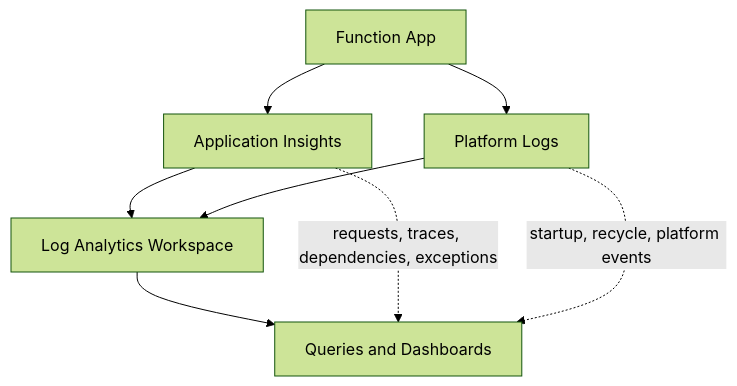
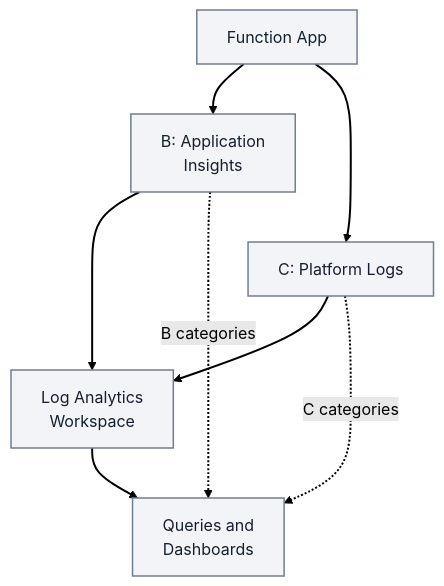
Before and after one commit to yeongseon/azure-functions-practical-guide: the fifth of 6 diagrams in docs/troubleshooting/request-flow-for-incident-response.md, drawn with Mermaid (forest theme). The commit also changed other lines of this file and 1 other file, not shown here.

First line of the commit message:
docs(diagrams): improve incident-response flows and record storage-map blocker (#457)

````diff
--- a/docs/troubleshooting/request-flow-for-incident-response.md
+++ b/docs/troubleshooting/request-flow-for-incident-response.md
@@ -283,10 +336,17 @@
 ```mermaid
 flowchart TD
-    A[Function App] --> B[Application Insights]
-    A --> C[Platform Logs]
-    B --> D[Log Analytics Workspace]
+    accTitle: Incident evidence collection map
+    accDescr: Illustrative configured collection and query relationships among the function app, Application Insights, platform logs, Log Analytics and dashboards. Evidence categories are listed in the adjacent B and C key.
+    A[Function App] --> B["B: Application<br/>Insights"]
+    A --> C["C: Platform Logs"]
+    B --> D["Log Analytics<br/>Workspace"]
     C --> D
-    D --> E[Queries and Dashboards]
-    B -. requests, traces, dependencies, exceptions .-> E
-    C -. startup, recycle, platform events .-> E
+    D --> E["Queries and<br/>Dashboards"]
+    B -. "B categories" .-> E
+    C -. "C categories" .-> E
+    %% Layout-only links serialize sources; they add no diagnostic steps or arrows.
+    B ~~~ C
+    classDef neutral fill:#f2f4f8,stroke:#707e93,stroke-width:1.5px,color:#14202e;
+    class A,B,C,D,E neutral;
+    linkStyle default stroke-width:2px;
 ```
````
